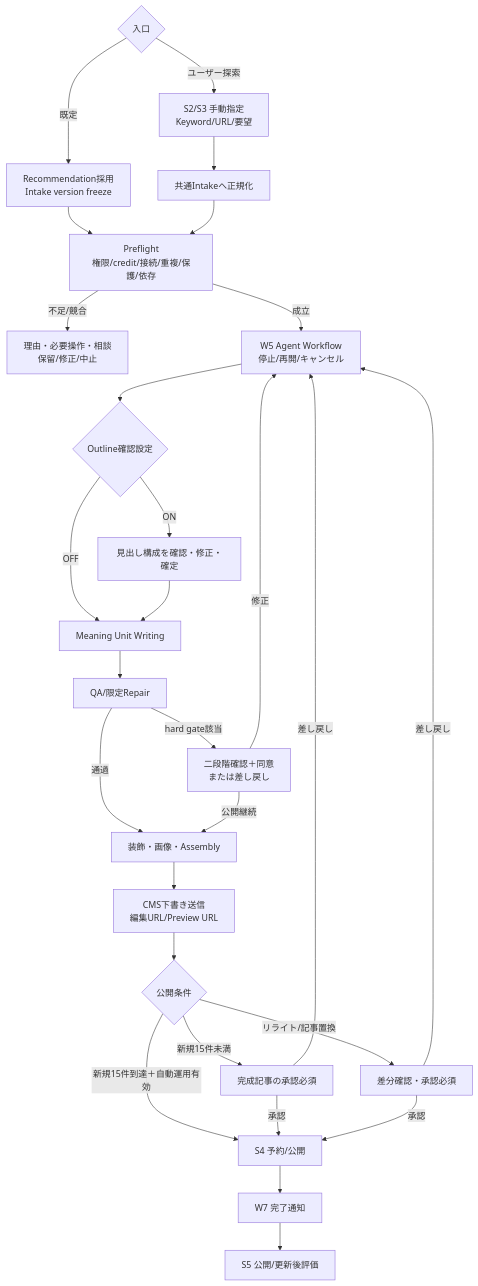
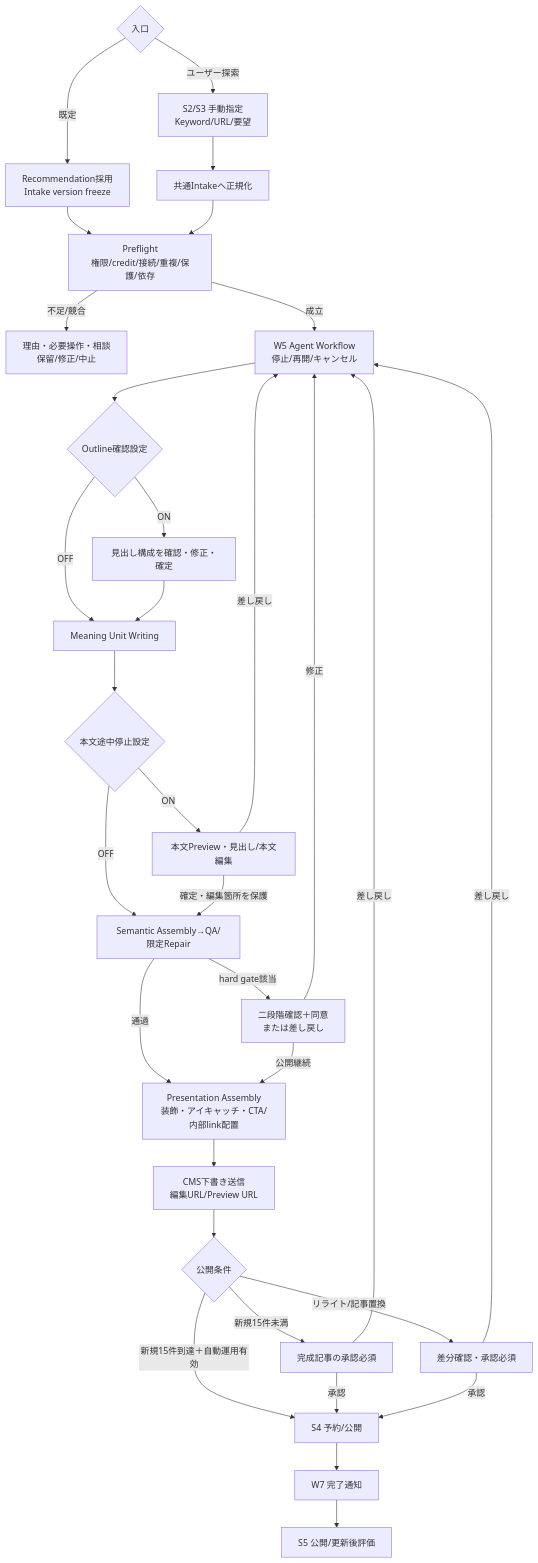
One commit to unison-ai-product/AI-Office-de-SEO changed the eighth of 13 diagrams in docs/design/ai-office-de-seo/L3-ui-prototype/ai-office-de-seo-screen-flow_v3.7.md. Above: the diagram before and after it, drawn with Mermaid. The commit also changed 2 other files, not shown here.

Commit message:
separate semantic and presentation assembly

````diff
--- a/docs/design/ai-office-de-seo/L3-ui-prototype/ai-office-de-seo-screen-flow_v3.7.md
+++ b/docs/design/ai-office-de-seo/L3-ui-prototype/ai-office-de-seo-screen-flow_v3.7.md
@@ -170,29 +170,33 @@
 ```mermaid
 flowchart TD
   A{入口} -->|既定| B[Recommendation採用<br/>Intake version freeze]
   A -->|ユーザー探索| C[S2/S3 手動指定<br/>Keyword/URL/要望]
   C --> D[共通Intakeへ正規化]
   B --> E[Preflight<br/>権限/credit/接続/重複/保護/依存]
   D --> E
   E -->|不足/競合| E2[理由・必要操作・相談<br/>保留/修正/中止]
   E -->|成立| F[W5 Agent Workflow<br/>停止/再開/キャンセル]
   F --> G{Outline確認設定}
   G -->|ON| H[見出し構成を確認・修正・確定]
   G -->|OFF| I[Meaning Unit Writing]
   H --> I
-  I --> J[QA/限定Repair]
+  I --> I2{本文途中停止設定}
+  I2 -->|OFF| J[Semantic Assembly→QA/限定Repair]
+  I2 -->|ON| I3[本文Preview・見出し/本文編集]
+  I3 -->|確定・編集箇所を保護| J
+  I3 -->|差し戻し| F
   J -->|hard gate該当| K[二段階確認＋同意<br/>または差し戻し]
-  J -->|通過| L[装飾・画像・Assembly]
+  J -->|通過| L[Presentation Assembly<br/>装飾・アイキャッチ・CTA/内部link配置]
   K -->|公開継続| L
   K -->|修正| F
   L --> M[CMS下書き送信<br/>編集URL/Preview URL]
   M --> N{公開条件}
   N -->|新規15件未満| O[完成記事の承認必須]
   N -->|新規15件到達＋自動運用有効| P[S4 予約/公開]
   N -->|リライト/記事置換| Q[差分確認・承認必須]
   O -->|承認| P
   Q -->|承認| P
   O -->|差し戻し| F
   Q -->|差し戻し| F
   P --> R[W7 完了通知] --> S[S5 公開/更新後評価]
 ```
````
